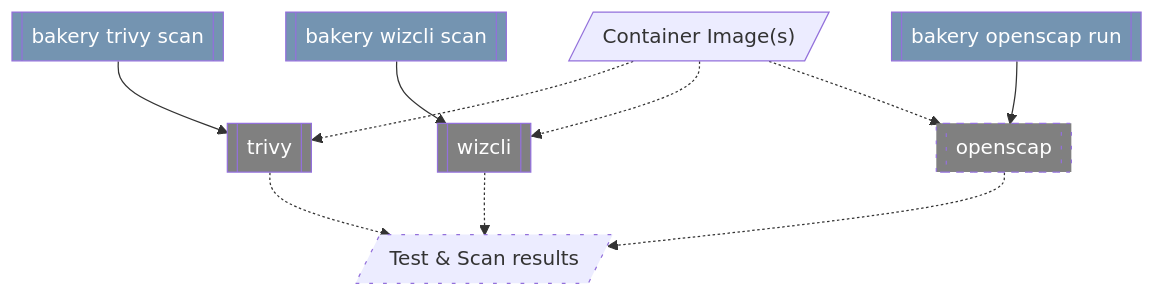
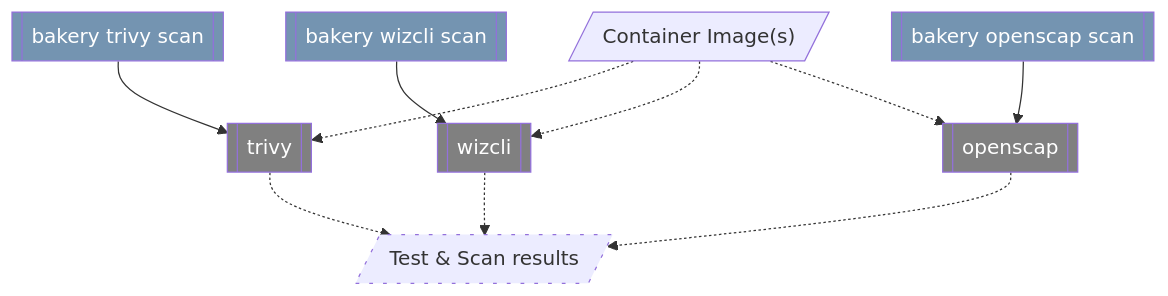
One commit to posit-dev/images-shared changed the sixth of 8 diagrams in posit-bakery/docs/architecture.qmd. Above: the diagram before and after it, drawn with Mermaid. The commit also changed 28 other files, not shown here.

````diff
--- a/posit-bakery/docs/architecture.qmd
+++ b/posit-bakery/docs/architecture.qmd
@@ -216,33 +216,33 @@
 ```{mermaid}
 %%| fig-cap: "Bakery Scanning Workflow"
 flowchart TD
 
     image[/"Container Image(s)"/]
     results[/"Test & Scan results"/]
 
     trivy[[trivy]]
     runTrivy[[bakery trivy scan]]
     runTrivy --> trivy
     image -.-> trivy -.-> results
 
     wizcli[[wizcli]]
     runWizcli[[bakery wizcli scan]]
     runWizcli --> wizcli
     image -.-> wizcli -.-> results
 
     openscap[[openscap]]
-    runOpenscap[[bakery openscap run]]
+    runOpenscap[[bakery openscap scan]]
     runOpenscap --> openscap
     image -.-> openscap -.-> results
 
     classDef tooling fill:#7494B1,color:#fff
     classDef external fill:grey,color:#fff
     classDef progress stroke-dasharray: 2 2
     classDef todo stroke-dasharray: 3 8
 
     class runTrivy,runOpenscap,runWizcli tooling
     class trivy,openscap,wizcli external
 
     %% Mark what we are working on and is in flight %%
-    class openscap,results todo
+    class results todo
 ```
````
